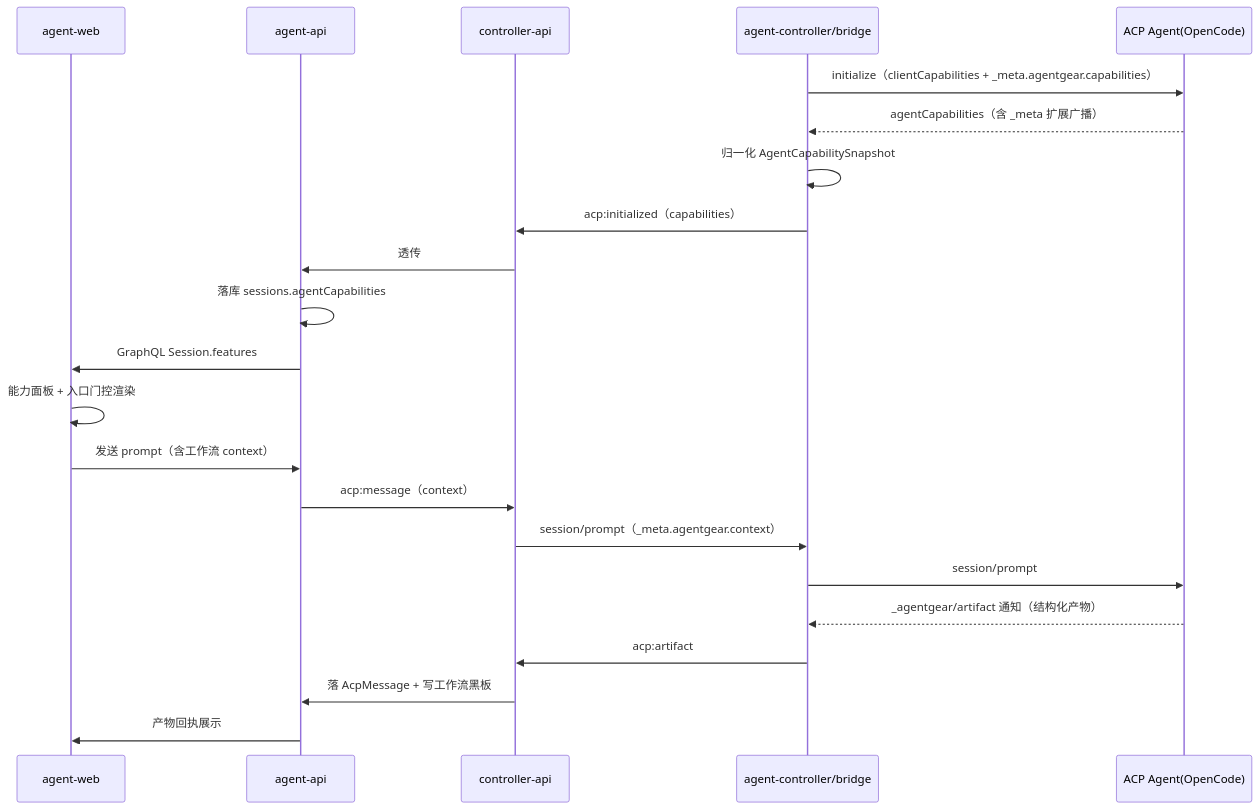
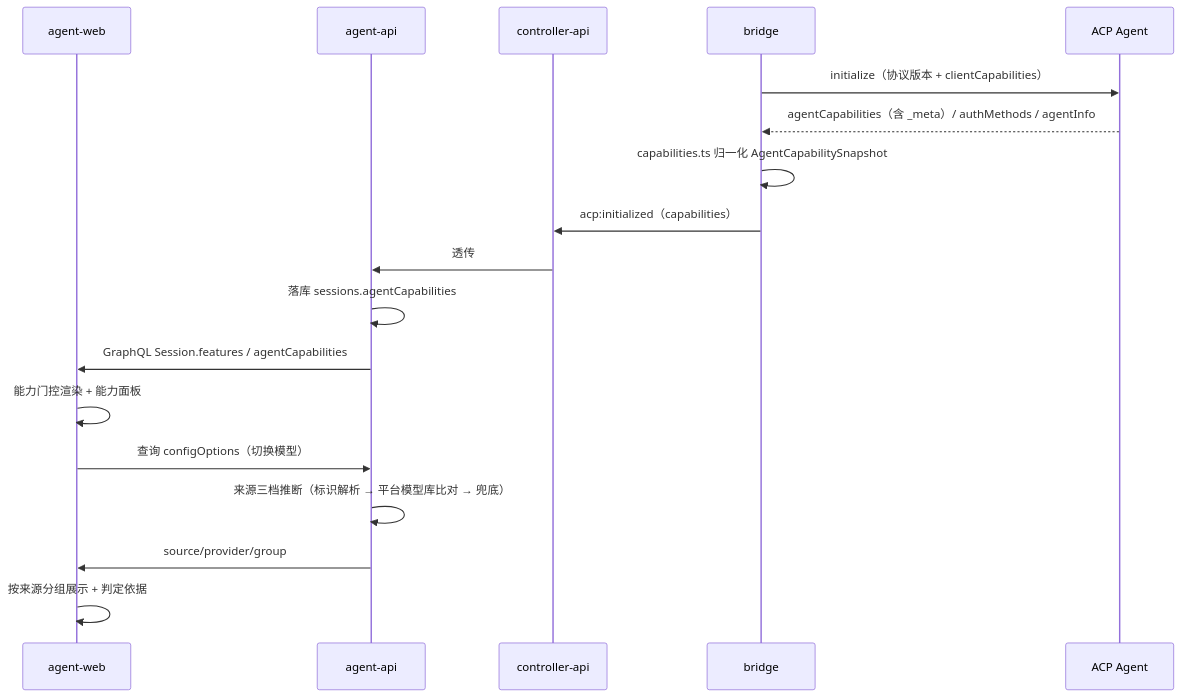
Before and after one commit to Deliay/z-agent-gear: the second of 2 diagrams in docs/engineering/proposals/20261021-feat-acp-protocol-enhancement.md, drawn with Mermaid. The commit also changed other lines of this file and 4 other files, not shown here.

Commit message:
docs(acp): 返工修订 v1.1——范围收敛与回传形态现状梳理（保留能力快照归一化/模型来源三档推断/前端能力门控与能力面板；移除 agentgear 扩展通道/工作流上下文与产物闭环/OpenCode 差异能力接入；新增 §5 OpenCode 回传形态→落库处理→前端渲染四层对照矩阵与观察项登记；附 OpenCode ACP 支持清单调研附录）

````diff
--- a/docs/engineering/proposals/20261021-feat-acp-protocol-enhancement.md
+++ b/docs/engineering/proposals/20261021-feat-acp-protocol-enhancement.md
@@ -441,25 +543,21 @@
 ```mermaid
 sequenceDiagram
     participant W as agent-web
     participant A as agent-api
     participant C as controller-api
-    participant B as agent-controller/bridge
-    participant O as ACP Agent(OpenCode)
+    participant B as bridge
+    participant O as ACP Agent
 
-    B->>O: initialize（clientCapabilities + _meta.agentgear.capabilities）
-    O-->>B: agentCapabilities（含 _meta 扩展广播）
-    B->>B: 归一化 AgentCapabilitySnapshot
+    B->>O: initialize（协议版本 + clientCapabilities）
+    O-->>B: agentCapabilities（含 _meta）/ authMethods / agentInfo
+    B->>B: capabilities.ts 归一化 AgentCapabilitySnapshot
     B->>C: acp:initialized（capabilities）
     C->>A: 透传
     A->>A: 落库 sessions.agentCapabilities
-    A->>W: GraphQL Session.features
-    W->>W: 能力面板 + 入口门控渲染
-    W->>A: 发送 prompt（含工作流 context）
-    A->>C: acp:message（context）
-    C->>B: session/prompt（_meta.agentgear.context）
-    B->>O: session/prompt
-    O-->>B: _agentgear/artifact 通知（结构化产物）
-    B->>C: acp:artifact
-    C->>A: 落 AcpMessage + 写工作流黑板
-    A->>W: 产物回执展示
+    A->>W: GraphQL Session.features / agentCapabilities
+    W->>W: 能力门控渲染 + 能力面板
+    W->>A: 查询 configOptions（切换模型）
+    A->>A: 来源三档推断（标识解析 → 平台模型库比对 → 兜底）
+    A->>W: source/provider/group
+    W->>W: 按来源分组展示 + 判定依据
 ```
````
